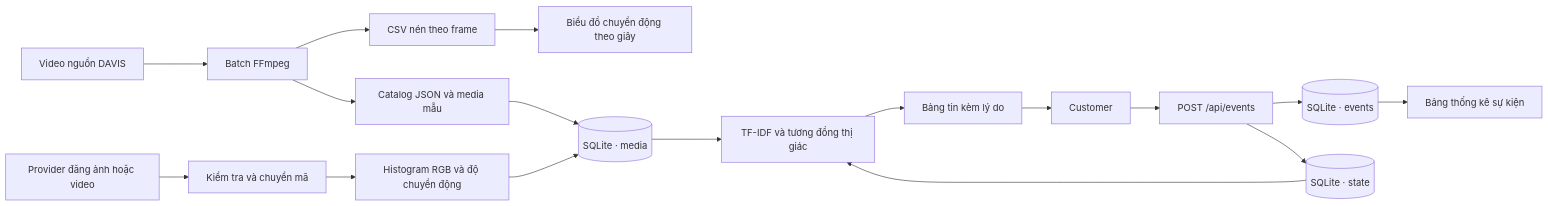
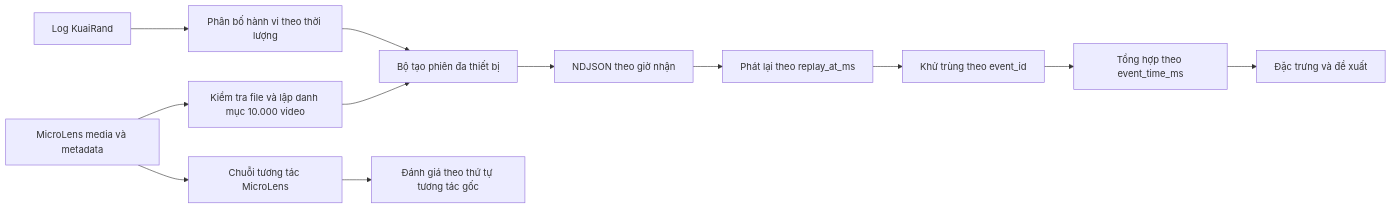
One commit to NamHoang08112005/ToDo_frontend changed the diagram in docs/ARCHITECTURE.md. Above: the diagram before and after it, drawn with Mermaid. The commit also changed other lines of this file and 48 other files, not shown here.

Commit message:
Retire the bundled media and define MicroLens–KuaiRand stream data

````diff
--- a/docs/ARCHITECTURE.md
+++ b/docs/ARCHITECTURE.md
@@ -5,19 +3,14 @@
 ```mermaid
 flowchart LR
-    D[Video nguồn DAVIS] --> B[Batch FFmpeg]
-    B --> F[CSV nén theo frame]
-    B --> J[Catalog JSON và media mẫu]
-    J --> M[(SQLite · media)]
-    P[Provider đăng ảnh hoặc video] --> I[Kiểm tra và chuyển mã]
-    I --> V[Histogram RGB và độ chuyển động]
-    V --> M
-    C[Customer] --> E[POST /api/events]
-    E --> L[(SQLite · events)]
-    E --> S[(SQLite · state)]
-    M --> R[TF-IDF và tương đồng thị giác]
-    S --> R
-    R --> H[Bảng tin kèm lý do]
-    H --> C
-    F --> T[Biểu đồ chuyển động theo giây]
-    L --> A[Bảng thống kê sự kiện]
+    M[MicroLens media và metadata] --> C[Kiểm tra file và lập danh mục 10.000 video]
+    M --> H[Chuỗi tương tác MicroLens]
+    K[Log KuaiRand] --> B[Phân bố hành vi theo thời lượng]
+    C --> G[Bộ tạo phiên đa thiết bị]
+    B --> G
+    G --> N[NDJSON theo giờ nhận]
+    N --> R[Phát lại theo replay_at_ms]
+    R --> D[Khử trùng theo event_id]
+    D --> A[Tổng hợp theo event_time_ms]
+    A --> S[Đặc trưng và đề xuất]
+    H --> E[Đánh giá theo thứ tự tương tác gốc]
 ```
````
